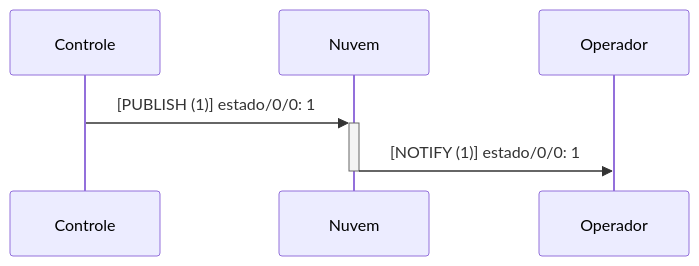
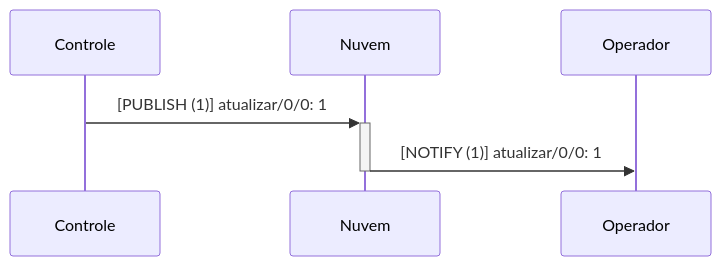
One commit to ederson-torresini/itl20231 changed the fifth of 5 diagrams in projeto-da-disciplina.md. Above: the diagram before and after it, drawn with Mermaid. The commit also changed other lines of this file and 2 other files, not shown here.

Commit message:
Corrigindo mensagens de atualização de estado

````diff
--- a/projeto-da-disciplina.md
+++ b/projeto-da-disciplina.md
@@ -110,5 +109,5 @@
 ```mermaid
 sequenceDiagram
-Controle ->>+ Nuvem: [PUBLISH (1)] estado/0/0: 1
-Nuvem ->>- Operador: [NOTIFY (1)] estado/0/0: 1
+Controle ->>+ Nuvem: [PUBLISH (1)] atualizar/0/0: 1
+Nuvem ->>- Operador: [NOTIFY (1)] atualizar/0/0: 1
 ```
````
